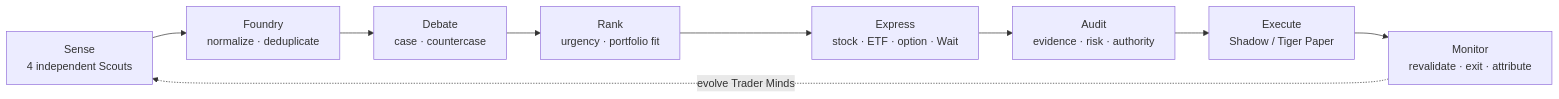
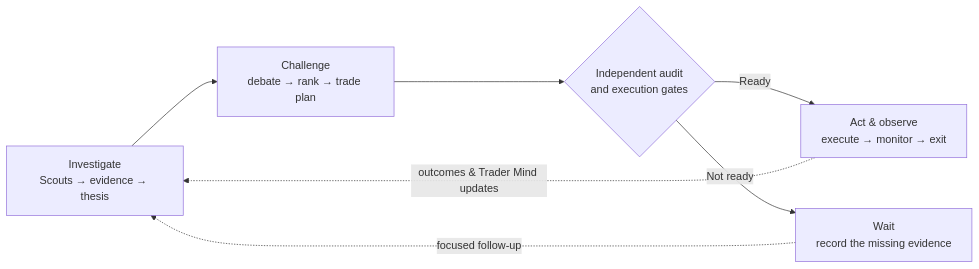
The first of 2 diagrams in README.md (kyky2347/ALTA), drawn with Mermaid before and after one commit. The commit also changed other lines of this file and 29 other files, not shown here.

````diff
--- a/README.md
+++ b/README.md
@@ -55,11 +55,9 @@
 ```mermaid
 flowchart LR
-    S["Sense<br/>4 independent Scouts"] --> F["Foundry<br/>normalize · deduplicate"]
-    F --> D["Debate<br/>case · countercase"]
-    D --> R["Rank<br/>urgency · portfolio fit"]
-    R --> X["Express<br/>stock · ETF · option · Wait"]
-    X --> A["Audit<br/>evidence · risk · authority"]
-    A --> E["Execute<br/>Shadow / Tiger Paper"]
-    E --> M["Monitor<br/>revalidate · exit · attribute"]
-    M -. "evolve Trader Minds" .-> S
+    R["Investigate<br/>Scouts → evidence → thesis"] --> J["Challenge<br/>debate → rank → trade plan"]
+    J --> G{"Independent audit<br/>and execution gates"}
+    G -->|Ready| E["Act & observe<br/>execute → monitor → exit"]
+    G -->|Not ready| W["Wait<br/>record the missing evidence"]
+    W -. "focused follow-up" .-> R
+    E -. "outcomes & Trader Mind updates" .-> R
 ```
````
